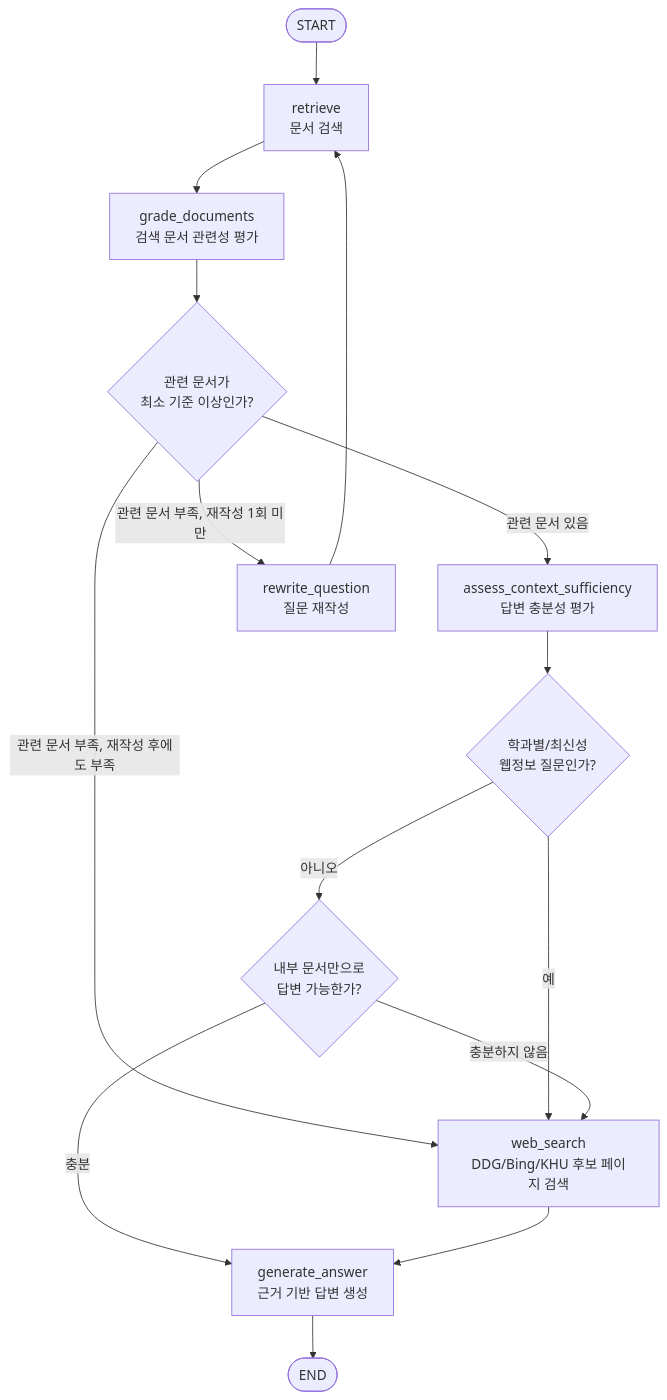
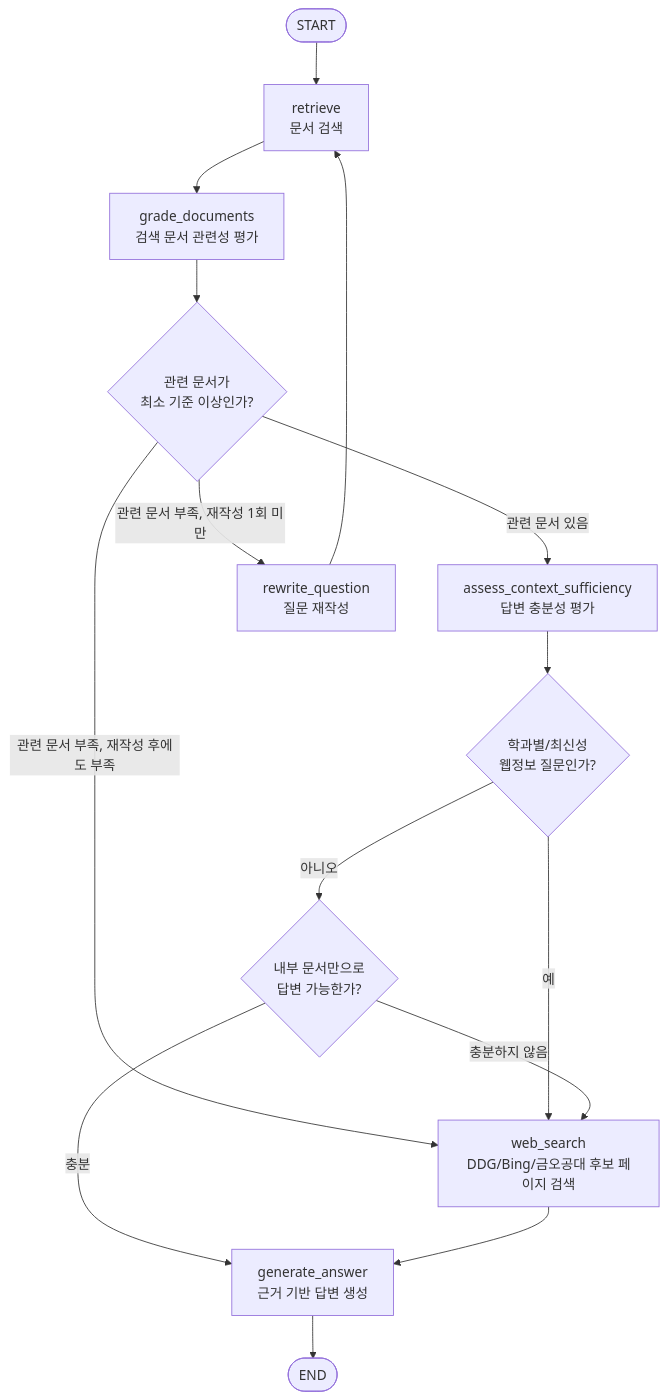
Before and after one commit to ICS-HYEJU/langchain: the diagram in docs/graph_diagrams/academic_admin_agentic_rag.md, drawn with Mermaid. The commit also changed other lines of this file and 6 other files, not shown here.

````diff
--- a/docs/graph_diagrams/academic_admin_agentic_rag.md
+++ b/docs/graph_diagrams/academic_admin_agentic_rag.md
@@ -7,29 +7,29 @@
 ```mermaid
 flowchart TD
     START([START])
     RETRIEVE["retrieve<br/>문서 검색"]
     GRADE["grade_documents<br/>검색 문서 관련성 평가"]
     DECIDE_RELEVANCE{"관련 문서가<br/>최소 기준 이상인가?"}
     ASSESS["assess_context_sufficiency<br/>답변 충분성 평가"]
     FORCE_WEB{"학과별/최신성<br/>웹정보 질문인가?"}
     DECIDE_SUFFICIENCY{"내부 문서만으로<br/>답변 가능한가?"}
     REWRITE["rewrite_question<br/>질문 재작성"]
-    WEB["web_search<br/>DDG/Bing/KHU 후보 페이지 검색"]
+    WEB["web_search<br/>DDG/Bing/금오공대 후보 페이지 검색"]
     GENERATE["generate_answer<br/>근거 기반 답변 생성"]
     END([END])
 
     START --> RETRIEVE
     RETRIEVE --> GRADE
     GRADE --> DECIDE_RELEVANCE
     DECIDE_RELEVANCE -- "관련 문서 부족, 재작성 1회 미만" --> REWRITE
     REWRITE --> RETRIEVE
     DECIDE_RELEVANCE -- "관련 문서 부족, 재작성 후에도 부족" --> WEB
     DECIDE_RELEVANCE -- "관련 문서 있음" --> ASSESS
     ASSESS --> FORCE_WEB
     FORCE_WEB -- "예" --> WEB
     FORCE_WEB -- "아니오" --> DECIDE_SUFFICIENCY
     DECIDE_SUFFICIENCY -- "충분" --> GENERATE
     DECIDE_SUFFICIENCY -- "충분하지 않음" --> WEB
     WEB --> GENERATE
     GENERATE --> END
 ```
````
